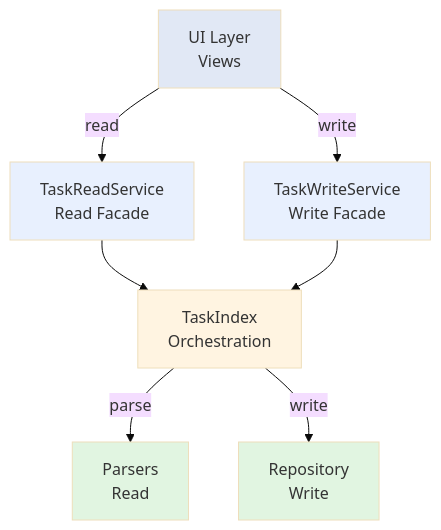
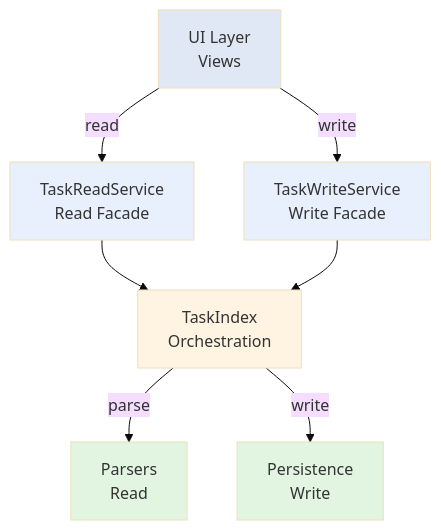
The diagram in DEVELOPER.md (KawaNae/Obsidian-task-viewer), drawn with Mermaid (base theme) before and after one commit. The commit also changed other lines of this file and 35 other files, not shown here.

````diff
--- a/DEVELOPER.md
+++ b/DEVELOPER.md
@@ -58,23 +58,23 @@
 ```mermaid
 graph TB
     UI[UI Layer<br/>Views]
     Read[TaskReadService<br/>Read Facade]
     Write[TaskWriteService<br/>Write Facade]
     Index[TaskIndex<br/>Orchestration]
     Parser[Parsers<br/>Read]
-    Repo[Repository<br/>Write]
+    Repo[Persistence<br/>Write]
 
     UI -->|read| Read
     UI -->|write| Write
     Read --> Index
     Write --> Index
     Index -->|parse| Parser
     Index -->|write| Repo
 
     style Parser fill:#e1f5e1
     style Repo fill:#e1f5e1
     style Index fill:#fff4e1
     style Read fill:#e8f0fe
     style Write fill:#e8f0fe
     style UI fill:#e1e8f5
 ```
````
